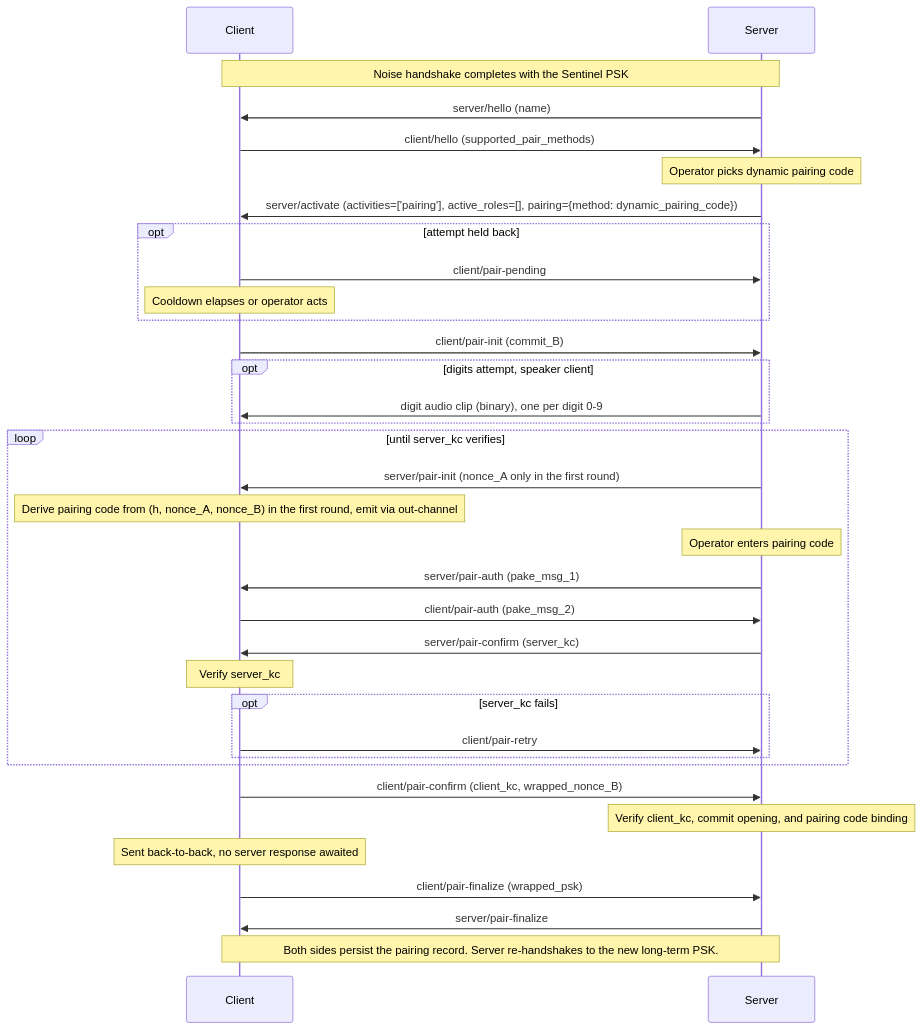
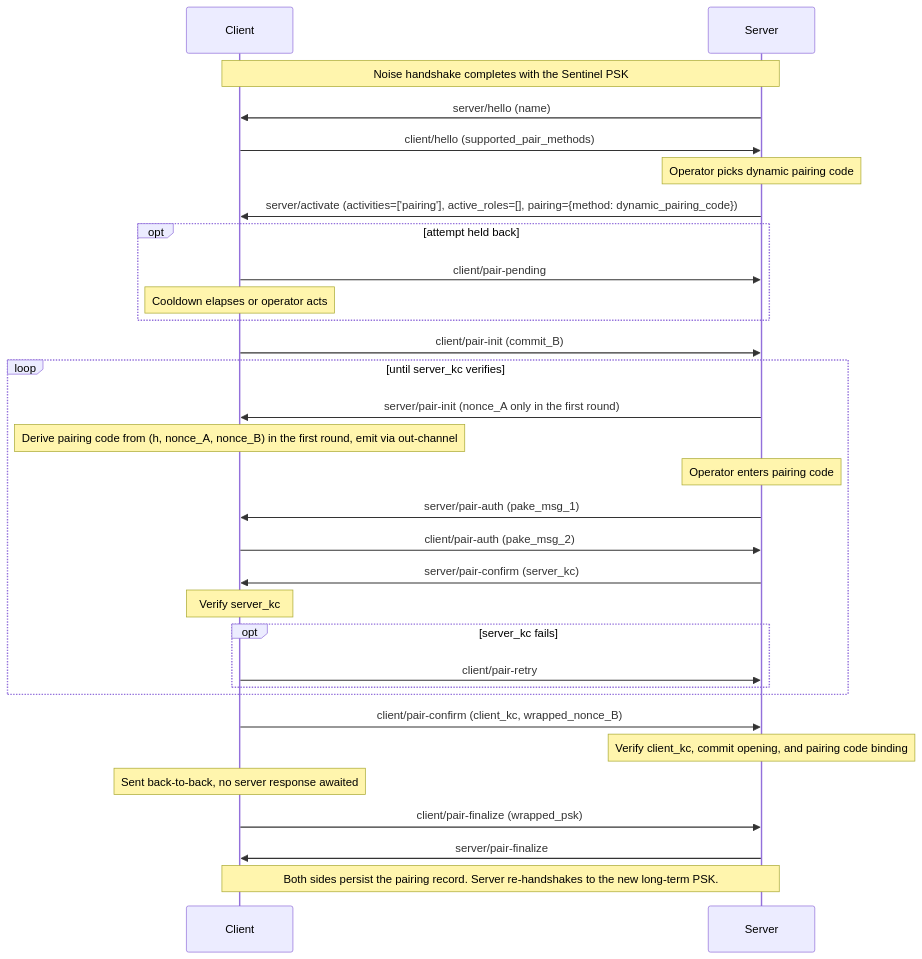
Before and after one commit to Sendspin-Protocol/spec: the third of 4 diagrams in README.md, drawn with Mermaid. The commit also changed other lines of this file and 2 other files, not shown here.

First line of the commit message:
Remove the server-supplied digit audio pack from dynamic pairing

````diff
--- a/README.md
+++ b/README.md
@@ -824,38 +823,35 @@
 ```mermaid
 sequenceDiagram
     participant Client
     participant Server
 
     Note over Client,Server: Noise handshake completes with the Sentinel PSK
 
     Server->>Client: server/hello (name)
     Client->>Server: client/hello (supported_pair_methods)
     Note over Server: Operator picks dynamic pairing code
     Server->>Client: server/activate (activities=['pairing'], active_roles=[], pairing={method: dynamic_pairing_code})
     opt attempt held back
         Client->>Server: client/pair-pending
         Note over Client: Cooldown elapses or operator acts
     end
     Client->>Server: client/pair-init (commit_B)
-    opt digits attempt, speaker client
-        Server->>Client: digit audio clip (binary), one per digit 0-9
-    end
     loop until server_kc verifies
         Server->>Client: server/pair-init (nonce_A only in the first round)
         Note over Client: Derive pairing code from (h, nonce_A, nonce_B) in the first round, emit via out-channel
         Note over Server: Operator enters pairing code
         Server->>Client: server/pair-auth (pake_msg_1)
         Client->>Server: client/pair-auth (pake_msg_2)
         Server->>Client: server/pair-confirm (server_kc)
         Note over Client: Verify server_kc
         opt server_kc fails
             Client->>Server: client/pair-retry
         end
     end
     Client->>Server: client/pair-confirm (client_kc, wrapped_nonce_B)
     Note over Server: Verify client_kc, commit opening, and pairing code binding
     Note over Client: Sent back-to-back, no server response awaited
     Client->>Server: client/pair-finalize (wrapped_psk)
     Server->>Client: server/pair-finalize
     Note over Client,Server: Both sides persist the pairing record. Server re-handshakes to the new long-term PSK.
 ```
````
